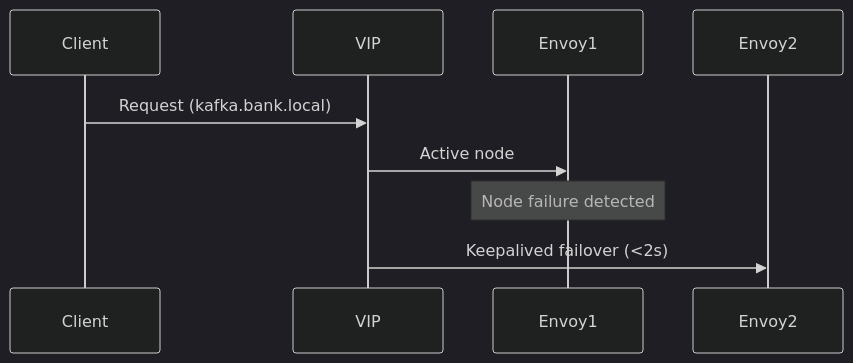
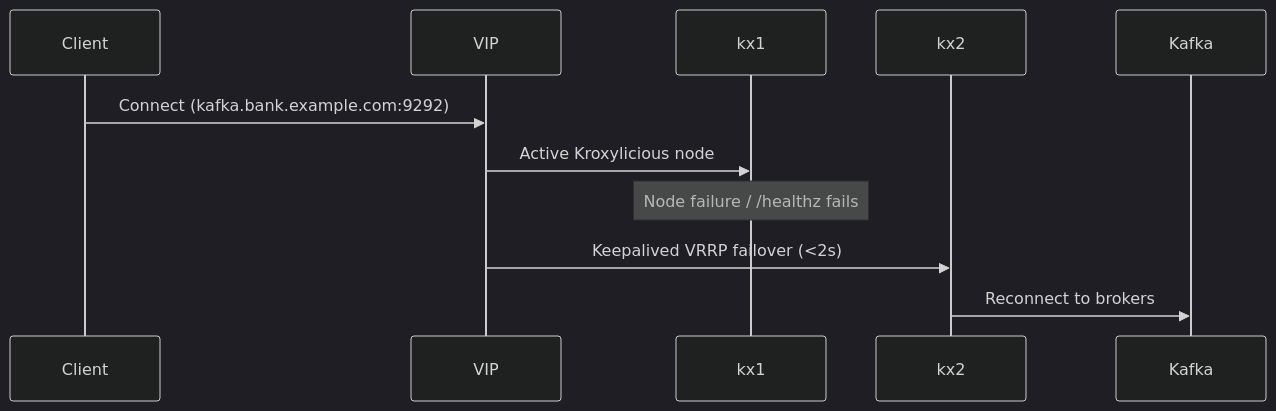
One commit to rajasekar21/kafka-kraft-envoy-platform changed the fifth of 5 diagrams in README.md. Above: the diagram before and after it, drawn with Mermaid (dark theme). The commit also changed other lines of this file, not shown here.

First line of the commit message:
docs: rewrite README with Kroxylicious architecture diagrams and bare-metal focus

````diff
--- a/README.md
+++ b/README.md
@@ -331,7 +315,8 @@
 ```mermaid
 sequenceDiagram
-    Client->>VIP: Request (kafka.bank.local)
-    VIP->>Envoy1: Active node
-    Note over Envoy1: Node failure detected
-    VIP->>Envoy2: Keepalived failover (<2s)
+    Client->>VIP: Connect (kafka.bank.example.com:9292)
+    VIP->>kx1: Active Kroxylicious node
+    Note over kx1: Node failure / /healthz fails
+    VIP->>kx2: Keepalived VRRP failover (<2s)
+    kx2->>Kafka: Reconnect to brokers
 ```
````
